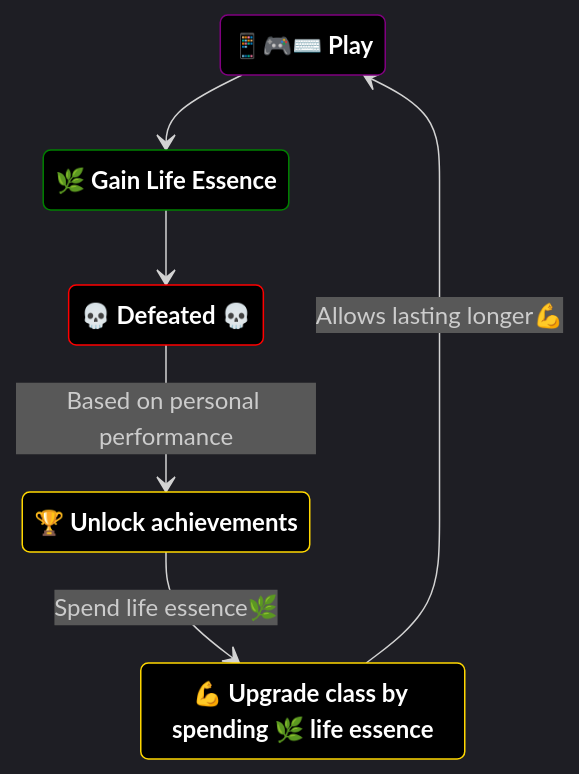
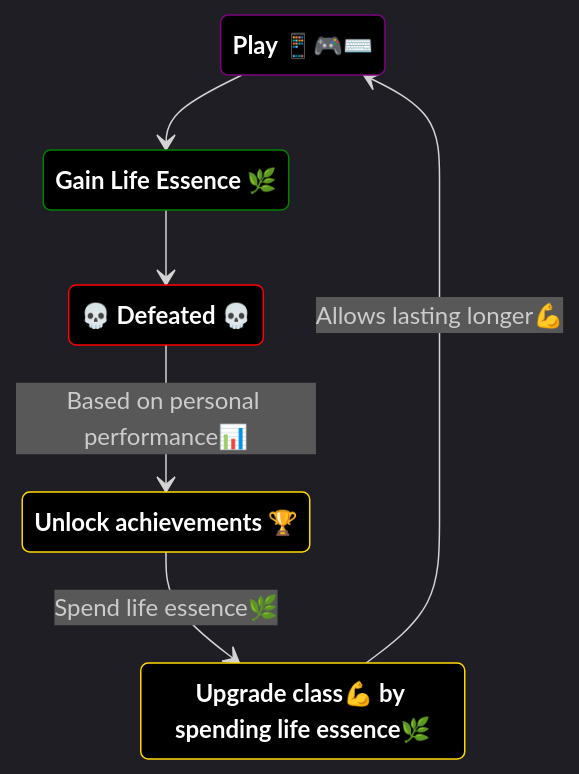
Before and after one commit to universe-builders/universe-builders.github.io: the second of 2 diagrams in void-survivors/design-direction.md, drawn with Mermaid. The commit also changed other lines of this file and 15 other files, not shown here.

````diff
--- a/void-survivors/design-direction.md
+++ b/void-survivors/design-direction.md
@@ -148,29 +164,29 @@
 ```mermaid
     %%{init: {'theme':'dark'}}%%
 
     stateDiagram-v2
     direction TB
     accTitle: Metagame loop
 
-    state "📱🎮⌨️ Play" as PLAY
-    state "🌿 Gain Life Essence" as GET_LE
+    state "Play 📱🎮⌨️" as PLAY
+    state "Gain Life Essence 🌿" as GET_LE
     state "💀 Defeated 💀" as DEFEATED
-    state "🏆 Unlock achievements" as ACHIEVE
-    state "💪 Upgrade class by spending 🌿 life essence" as UPGRADE
+    state "Unlock achievements 🏆" as ACHIEVE
+    state "Upgrade class💪 by spending life essence🌿" as UPGRADE
 
     classDef def fill:black,color:white,font-weight:bold,stroke:purple
     classDef upgrade fill:black,color:white,font-weight:bold,stroke:gold
     classDef sanct fill:black,color:white,font-weight:bold,stroke:green
     classDef loss fill:black,color:white,font-weight:bold,stroke:red
     class PLAY def
     class GET_LE sanct
     class ACHIEVE upgrade
     class UPGRADE upgrade
     class DEFEATED loss
 
     PLAY --> GET_LE
     GET_LE --> DEFEATED
-    DEFEATED --> ACHIEVE: Based on personal performance
+    DEFEATED --> ACHIEVE: Based on personal performance📊
     ACHIEVE --> UPGRADE: Spend life essence🌿
     UPGRADE --> PLAY: Allows lasting longer💪
 ```
````
